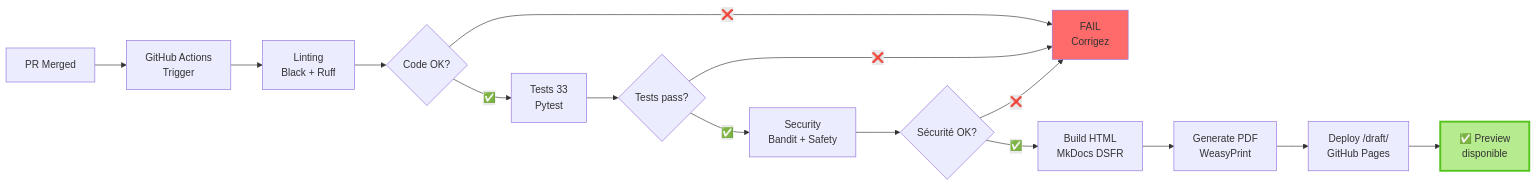
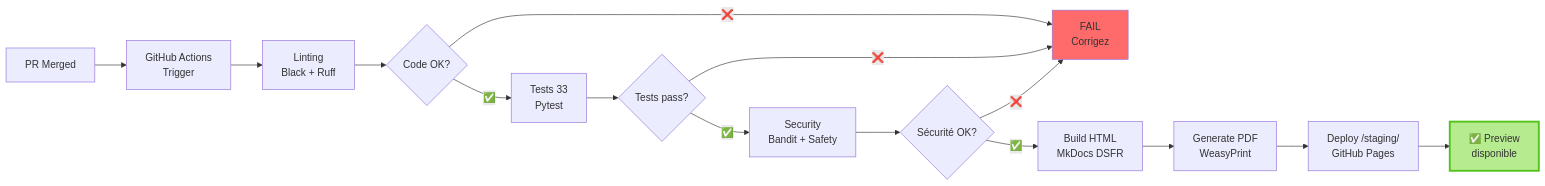
The fifth of 7 diagrams in docs/onboarding-visual.md (Alexmacapple/span-sg), drawn with Mermaid before and after one commit. The commit also changed other lines of this file and 12 other files, not shown here.

First line of the commit message:
docs: renommer toutes références /draft/ vers /staging/

````diff
--- a/docs/onboarding-visual.md
+++ b/docs/onboarding-visual.md
@@ -193,24 +193,24 @@
 ```mermaid
 graph LR
     A[PR Merged] --> B[GitHub Actions<br/>Trigger]
     B --> C[Linting<br/>Black + Ruff]
     C --> D{Code OK?}
     D -->|❌| E[FAIL<br/>Corrigez]
     D -->|✅| F[Tests 33<br/>Pytest]
 
     F --> G{Tests pass?}
     G -->|❌| E
     G -->|✅| H[Security<br/>Bandit + Safety]
 
     H --> I{Sécurité OK?}
     I -->|❌| E
     I -->|✅| J[Build HTML<br/>MkDocs DSFR]
 
     J --> K[Generate PDF<br/>WeasyPrint]
-    K --> L[Deploy /draft/<br/>GitHub Pages]
+    K --> L[Deploy /staging/<br/>GitHub Pages]
 
     L --> M[✅ Preview<br/>disponible]
 
     style E fill:#ff6b6b
     style M fill:#b7eb8f,stroke:#52c41a,stroke-width:3px
 ```
````
